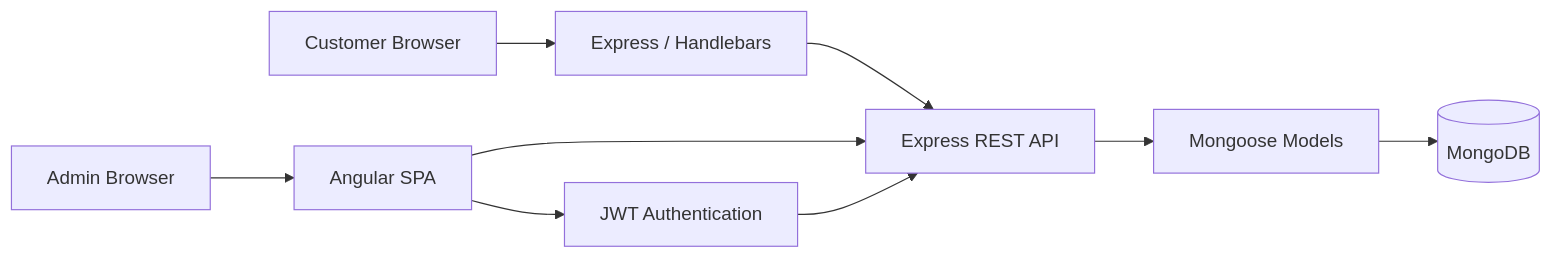
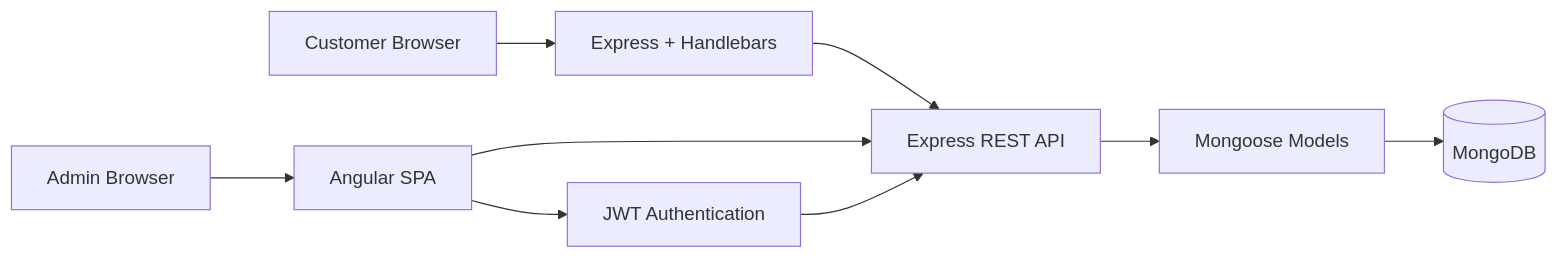
One commit to Cuthluwu/SNHU-CS465-Travlr changed the diagram in README.md. Above: the diagram before and after it, drawn with Mermaid. The commit also changed other lines of this file, not shown here.

````diff
--- a/README.md
+++ b/README.md
@@ -59,11 +50,11 @@
 ```mermaid
 flowchart LR
-    U[Customer Browser] --> E[Express / Handlebars]
-    A[Admin Browser] --> NG[Angular SPA]
-    E --> API[Express REST API]
-    NG --> API
-    API --> M[Mongoose Models]
-    M --> DB[(MongoDB)]
-    NG --> AUTH[JWT Authentication]
-    AUTH --> API
+    Customer[Customer Browser] --> Express[Express + Handlebars]
+    Admin[Admin Browser] --> Angular[Angular SPA]
+    Express --> API[Express REST API]
+    Angular --> API
+    API --> Models[Mongoose Models]
+    Models --> Mongo[(MongoDB)]
+    Angular --> Auth[JWT Authentication]
+    Auth --> API
 ```
````
